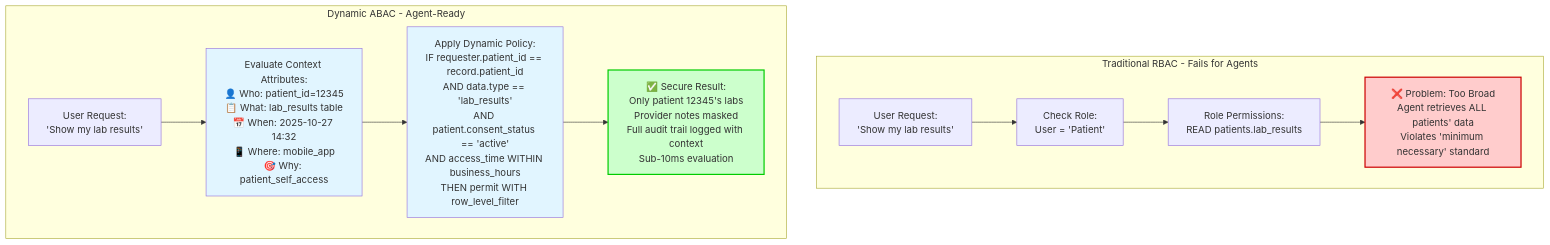
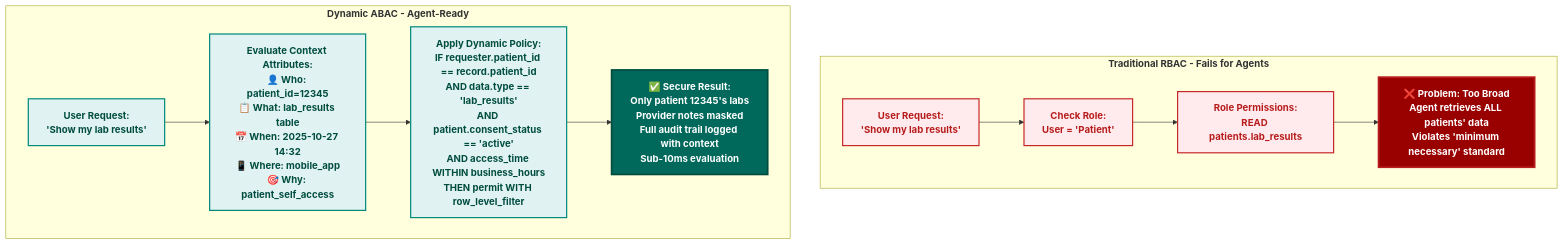
The third of 11 diagrams in chapter-02/chapter_2_complete.md (colaberry/enterprise-data-readiness-ai-agents), drawn with Mermaid before and after one commit. The commit also changed other lines of this file and 1 other file, not shown here.

````diff
--- a/chapter-02/chapter_2_complete.md
+++ b/chapter-02/chapter_2_complete.md
@@ -305,29 +320,34 @@
 ```mermaid
 graph TB
-    subgraph "Traditional RBAC - Fails for Agents"
-        R1[User Request:<br/>'Show my lab results']
-        R2[Check Role:<br/>User = 'Patient']
-        R3[Role Permissions:<br/>READ patients.lab_results]
-        R4[❌ Problem: Too Broad<br/>Agent retrieves ALL patients' data<br/>Violates 'minimum necessary' standard]
+    subgraph "<b>Traditional RBAC - Fails for Agents</b>"
+        R1["<b>User Request:</b><br/><b>'Show my lab results'</b>"]
+        R2["<b>Check Role:</b><br/><b>User = 'Patient'</b>"]
+        R3["<b>Role Permissions:</b><br/><b>READ patients.lab_results</b>"]
+        R4["<b>❌ Problem: Too Broad</b><br/><b>Agent retrieves ALL patients' data</b><br/><b>Violates 'minimum necessary' standard</b>"]
         
         R1 --> R2
         R2 --> R3
         R3 --> R4
     end
     
-    subgraph "Dynamic ABAC - Agent-Ready"
-        A1[User Request:<br/>'Show my lab results']
-        A2[Evaluate Context Attributes:<br/>👤 Who: patient_id=12345<br/>📋 What: lab_results table<br/>📅 When: 2025-10-27 14:32<br/>📱 Where: mobile_app<br/>🎯 Why: patient_self_access]
-        A3[Apply Dynamic Policy:<br/>IF requester.patient_id == record.patient_id<br/>AND data.type == 'lab_results'<br/>AND patient.consent_status == 'active'<br/>AND access_time WITHIN business_hours<br/>THEN permit WITH row_level_filter]
-        A4[✅ Secure Result:<br/>Only patient 12345's labs<br/>Provider notes masked<br/>Full audit trail logged with context<br/>Sub-10ms evaluation]
+    subgraph "<b>Dynamic ABAC - Agent-Ready</b>"
+        A1["<b>User Request:</b><br/><b>'Show my lab results'</b>"]
+        A2["<b>Evaluate Context Attributes:</b><br/><b>👤 Who: patient_id=12345</b><br/><b>📋 What: lab_results table</b><br/><b>📅 When: 2025-10-27 14:32</b><br/><b>📱 Where: mobile_app</b><br/><b>🎯 Why: patient_self_access</b>"]
+        A3["<b>Apply Dynamic Policy:</b><br/><b>IF requester.patient_id == record.patient_id</b><br/><b>AND data.type == 'lab_results'</b><br/><b>AND patient.consent_status == 'active'</b><br/><b>AND access_time WITHIN business_hours</b><br/><b>THEN permit WITH row_level_filter</b>"]
+        A4["<b>✅ Secure Result:</b><br/><b>Only patient 12345's labs</b><br/><b>Provider notes masked</b><br/><b>Full audit trail logged with context</b><br/><b>Sub-10ms evaluation</b>"]
         
         A1 --> A2
         A2 --> A3
         A3 --> A4
     end
     
-    style R4 fill:#ffcccc,stroke:#cc0000,stroke-width:2px
-    style A4 fill:#ccffcc,stroke:#00cc00,stroke-width:2px
-    style A2 fill:#e1f5ff
-    style A3 fill:#e1f5ff
+    style R1 fill:#ffebee,stroke:#c62828,stroke-width:2px,color:#b71c1c
+    style R2 fill:#ffebee,stroke:#c62828,stroke-width:2px,color:#b71c1c
+    style R3 fill:#ffebee,stroke:#c62828,stroke-width:2px,color:#b71c1c
+    style R4 fill:#990000,color:#ffffff,stroke:#b71c1c,stroke-width:3px
+    
+    style A1 fill:#e0f2f1,stroke:#00897b,stroke-width:2px,color:#004d40
+    style A2 fill:#e0f2f1,stroke:#00897b,stroke-width:2px,color:#004d40
+    style A3 fill:#e0f2f1,stroke:#00897b,stroke-width:2px,color:#004d40
+    style A4 fill:#00695c,color:#ffffff,stroke:#004d40,stroke-width:3px
 ```
````
